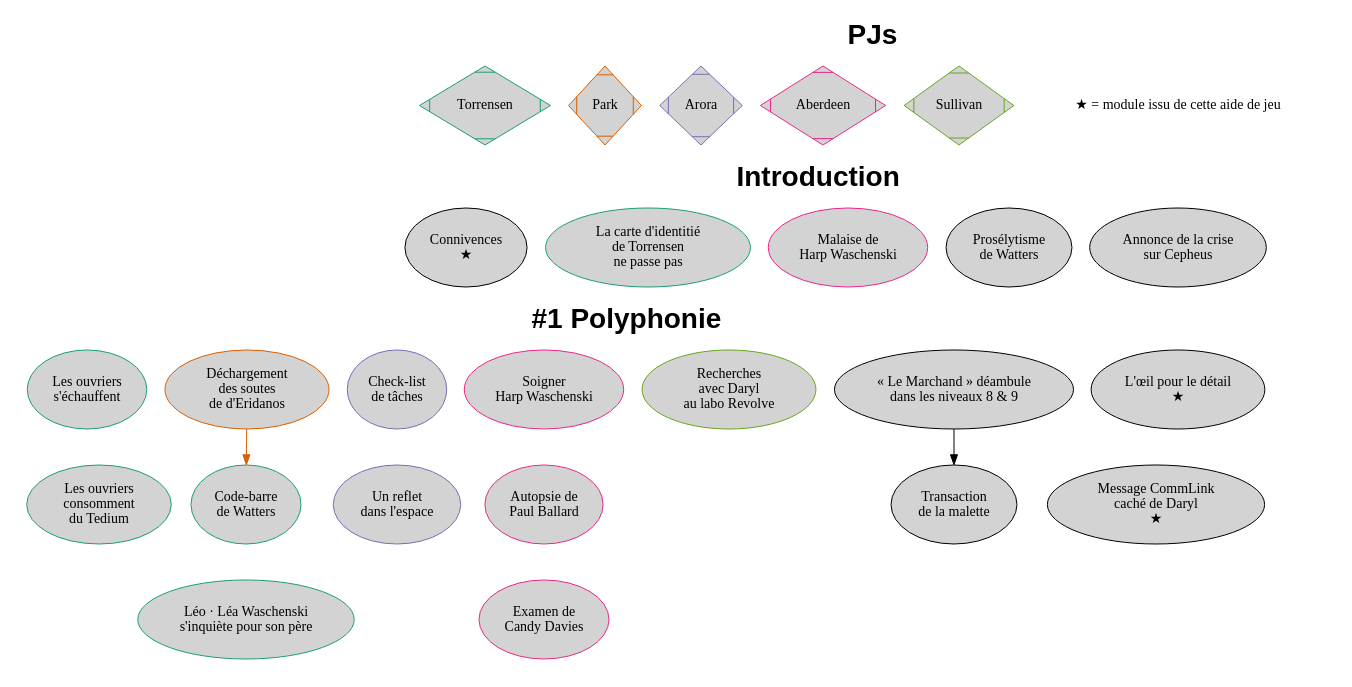
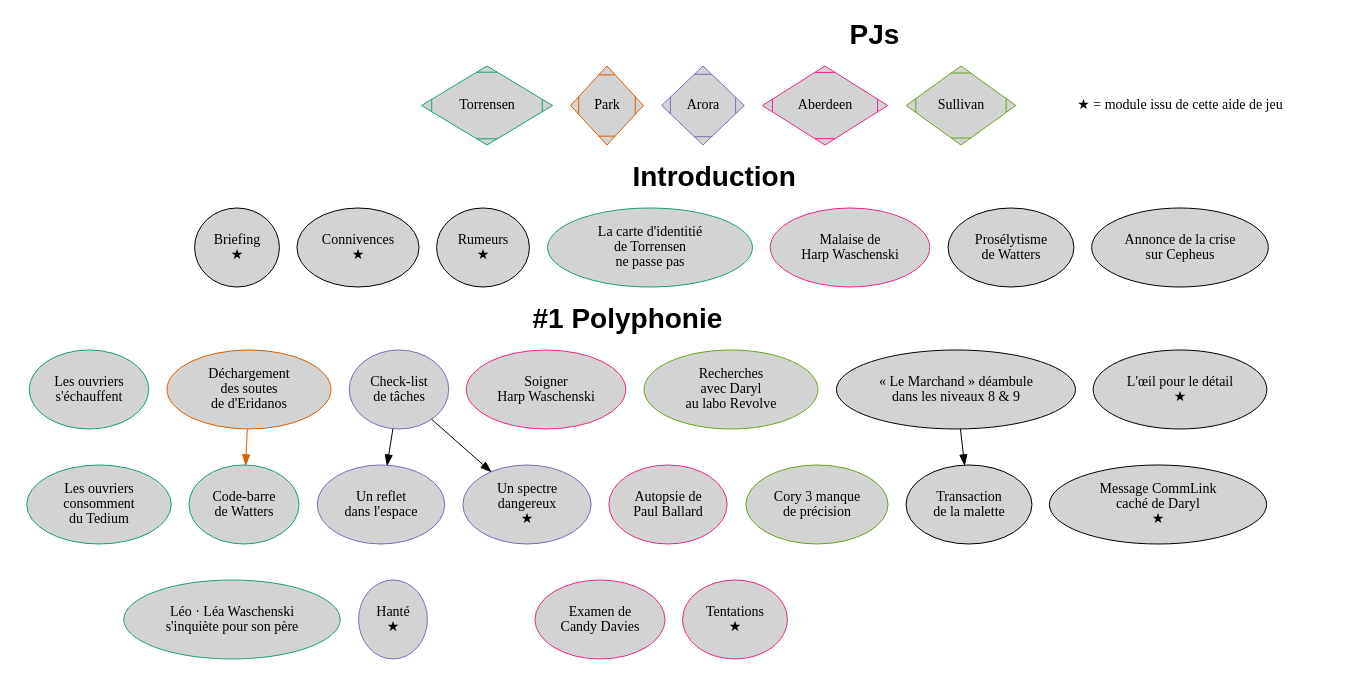
The diagram in ParadisPerdu/scenario1.dot (Lucas-C/jdr), drawn with Graphviz before and after one commit. The commit also changed 16 other files, not shown here.

```diff
--- a/ParadisPerdu/scenario1.dot
+++ b/ParadisPerdu/scenario1.dot
@@ -1,58 +1,62 @@
 digraph G {
     fontname = Helvetica;
     node [
         colorscheme = dark25,
         style = filled,
         fillcolor = lightgray,
         fontsize = 14,
         height = 1.1  # Make nodes higher
     ];
     edge [ colorscheme = dark25 ];
     # "If clusterrank=local, a subgraph whose name begins with cluster is given special treatment."
     subgraph cluster_legend {
         peripheries = 0;  # => no border
         star[label="★ = module issu de cette aide de jeu",peripheries=0,style=""];
         Sullivan  [shape=Mdiamond,color=5];
         Aberdeen  [shape=Mdiamond,color=4];
         Arora     [shape=Mdiamond,color=3];
         Park      [shape=Mdiamond,color=2];
         Torrensen [shape=Mdiamond,color=1];
         fontsize = 28;
         label = <<b>PJs</b>>;
     }
     subgraph cluster_intro {
         peripheries = 0;  # => no border
         introTorrensen[color=1,label="La carte d'identitié\nde Torrensen\nne passe pas"];
         introAberdeen [color=4,label="Malaise de\nHarp Waschenski"];
-        { rank=same; "Connivences\n★" -> introTorrensen -> introAberdeen -> "Prosélytisme\nde Watters" -> "Annonce de la crise\nsur Cepheus" [style=invis]; }
+        { rank=same; "Briefing\n★" -> "Connivences\n★" -> "Rumeurs\n★" -> introTorrensen -> introAberdeen -> "Prosélytisme\nde Watters" -> "Annonce de la crise\nsur Cepheus" [style=invis]; }
         fontsize = 28;
         label = <<b>Introduction</b>>;
     }
     subgraph cluster_partie_1 {
         peripheries = 0;  # => no border
         "L'œil pour le détail\n★" -> "Message CommLink\ncaché de Daryl\n★" [style=invis];
         "« Le Marchand » déambule\ndans les niveaux 8 & 9" -> "Transaction\nde la malette";
         node [color=5];  # Sullivan
-        "Recherches\navec Daryl\nau labo Revolve";
+        "Recherches\navec Daryl\nau labo Revolve"
+        -> "Cory 3 manque\nde précision" [style=invis, rank=same];
         node [color=4];  # Aberdeen
         "Soigner\nHarp Waschenski"
         -> "Autopsie de\nPaul Ballard"
         -> "Examen de\nCandy Davies" [style=invis, rank=same];
+        "Autopsie de\nPaul Ballard"
+        -> "Tentations\n★" [style=invis, rank=same];
         node [color=3];  # Arora
-        "Check-list\nde tâches"
-        -> "Un reflet\ndans l'espace" [style=invis, rank=same];
+        "Check-list\nde tâches" -> "Un reflet\ndans l'espace";
+        "Check-list\nde tâches" -> "Un spectre\ndangereux\n★"
+        "Un reflet\ndans l'espace" -> "Hanté\n★" [style=invis, rank=same];
         node [color=2];  # Park
         "Déchargement\ndes soutes\nde d'Eridanos";
         node [color=1];  # Torrensen
         "Les ouvriers\ns'échauffent"
         -> "Code-barre\nde Watters"
         -> "Léo · Léa Waschenski\ns'inquiète pour son père" [style=invis, rank=same];
         "Les ouvriers\ns'échauffent" -> "Les ouvriers\nconsomment\ndu Tedium" [style=invis, rank=same];
         "Déchargement\ndes soutes\nde d'Eridanos" -> "Code-barre\nde Watters" [color=2];
         fontsize = 28;
         label = <<b>#1 Polyphonie</b>>;
     }
     // Force clusters based on (added) rank
     // Recipe from: https://stackoverflow.com/a/72102766/636849
     {star} -> {"Annonce de la crise\nsur Cepheus"} -> {"L'œil pour le détail\n★"} [style=invis];
 }
```
